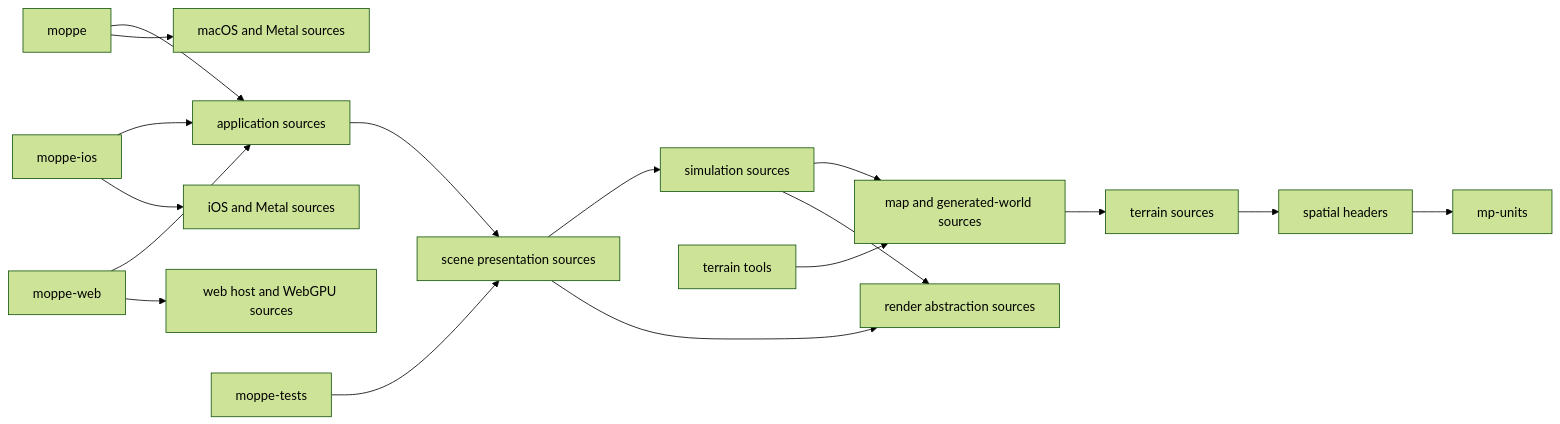
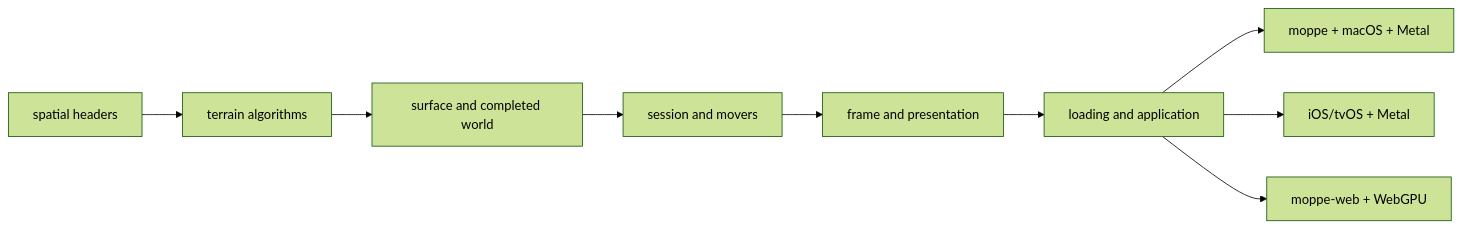
Before and after one commit to mbrock/moppe: the second of 2 diagrams in docs/engine-atlas.md, drawn with Mermaid (forest theme). The commit also changed other lines of this file and 21 other files, not shown here.

````diff
--- a/docs/engine-atlas.md
+++ b/docs/engine-atlas.md
@@ -137,19 +168,11 @@
 ```mermaid
 flowchart LR
-  spatial["spatial headers"] --> units["mp-units"]
-  terrain["terrain sources"] --> spatial
-  world["map and generated-world sources"] --> terrain
-  simulation["simulation sources"] --> world
-  simulation --> render["render abstraction sources"]
-  scene["scene presentation sources"] --> simulation
-  scene --> render
-  app["application sources"] --> scene
-  desktop["moppe"] --> app
-  desktop --> mac["macOS and Metal sources"]
-  phone["moppe-ios"] --> app
-  phone --> ios["iOS and Metal sources"]
-  browser["moppe-web"] --> app
-  browser --> web["web host and WebGPU sources"]
-  tests["moppe-tests"] --> scene
-  tools["terrain tools"] --> world
+  spatial["spatial headers"] --> terrain["terrain algorithms"]
+  terrain --> world["surface and completed world"]
+  world --> simulation["session and movers"]
+  simulation --> scene["frame and presentation"]
+  scene --> app["loading and application"]
+  app --> desktop["moppe + macOS + Metal"]
+  app --> mobile["iOS/tvOS + Metal"]
+  app --> browser["moppe-web + WebGPU"]
 ```
````
